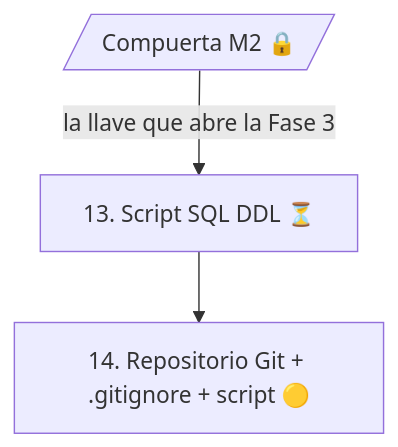
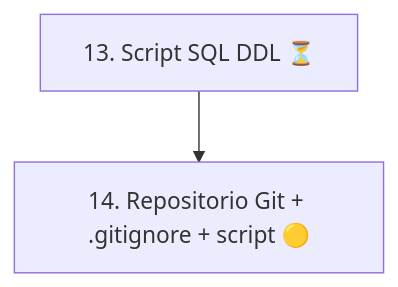
One commit to estebanvasquez0204-cyber/Mesa-TI-Solicitud-e-Incidente- changed the diagram in docs/fase_3/README.md. Above: the diagram before and after it, drawn with Mermaid. The commit also changed other lines of this file and 2 other files, not shown here.

First line of the commit message:
docs: quitar la Compuerta M2 de los índices de fases

````diff
--- a/docs/fase_3/README.md
+++ b/docs/fase_3/README.md
@@ -15,5 +12,5 @@
 ```mermaid
 flowchart TD
-    M2[/Compuerta M2 🔒/] -->|la llave que abre la Fase 3| S13[13. Script SQL DDL ⏳]
+    S13[13. Script SQL DDL ⏳]
     S13 --> S14[14. Repositorio Git + .gitignore + script 🟡]
 ```
````
